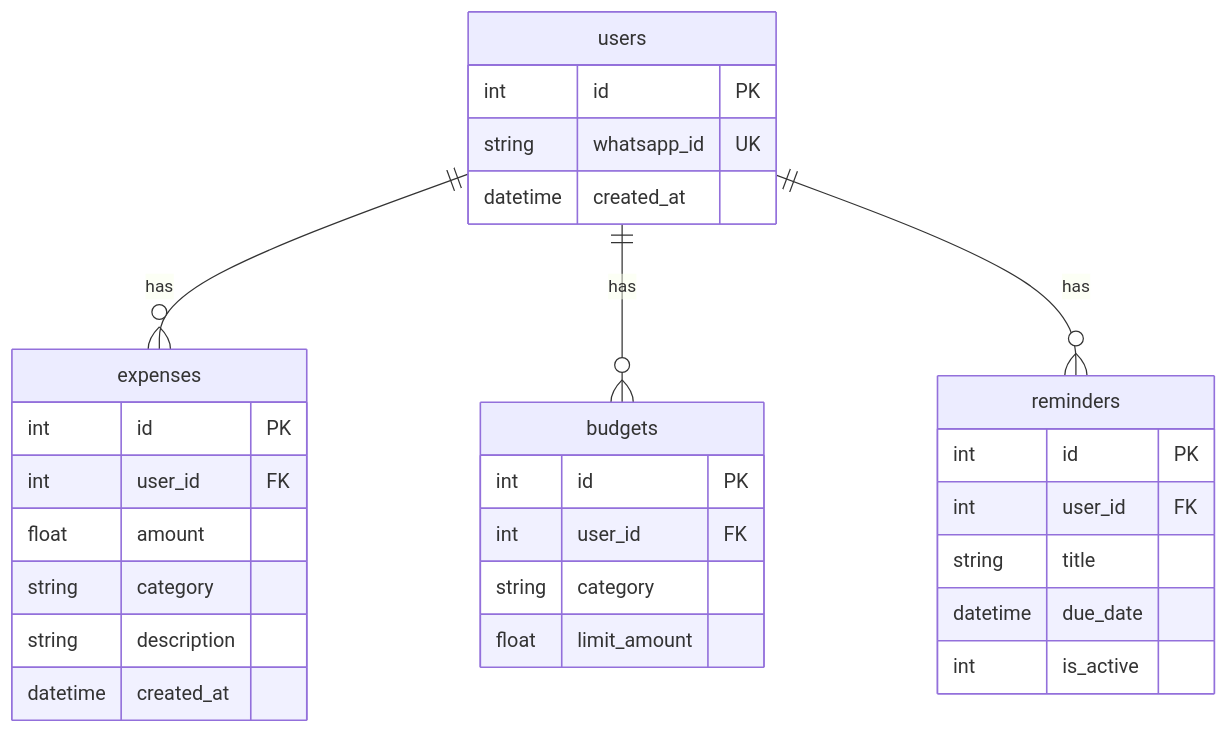
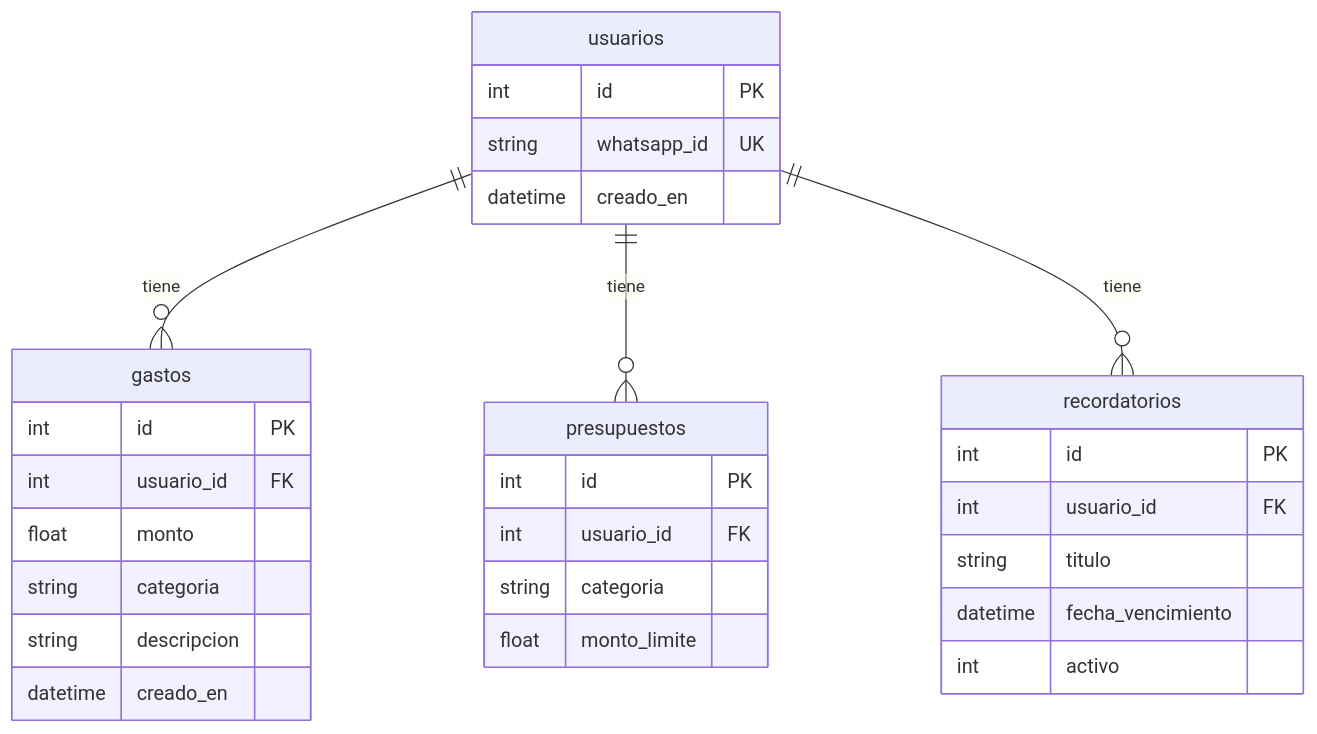
The diagram in docs/database.md (blob1618/luka), drawn with Mermaid before and after one commit. The commit also changed other lines of this file and 12 other files, not shown here.

````diff
--- a/docs/database.md
+++ b/docs/database.md
@@ -107,36 +107,36 @@
 ```mermaid
 erDiagram
-    users {
+    usuarios {
         int id PK
         string whatsapp_id UK
-        datetime created_at
+        datetime creado_en
     }
 
-    expenses {
+    gastos {
         int id PK
-        int user_id FK
-        float amount
-        string category
-        string description
-        datetime created_at
+        int usuario_id FK
+        float monto
+        string categoria
+        string descripcion
+        datetime creado_en
     }
 
-    budgets {
+    presupuestos {
         int id PK
-        int user_id FK
-        string category
-        float limit_amount
+        int usuario_id FK
+        string categoria
+        float monto_limite
     }
 
-    reminders {
+    recordatorios {
         int id PK
-        int user_id FK
-        string title
-        datetime due_date
-        int is_active
+        int usuario_id FK
+        string titulo
+        datetime fecha_vencimiento
+        int activo
     }
 
-    users ||--o{ expenses : has
-    users ||--o{ budgets : has
-    users ||--o{ reminders : has
+    usuarios ||--o{ gastos : tiene
+    usuarios ||--o{ presupuestos : tiene
+    usuarios ||--o{ recordatorios : tiene
 ```
````
